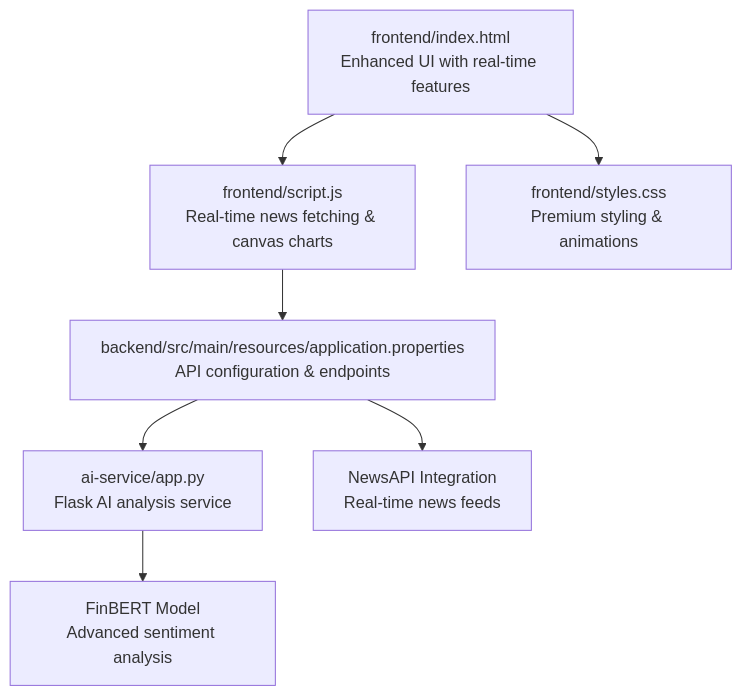
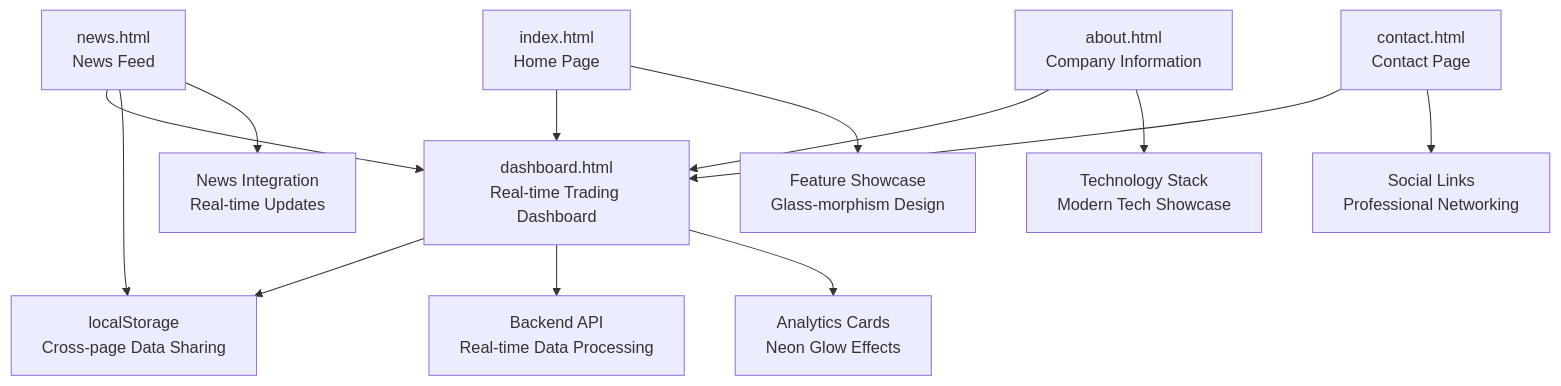
One commit to ayushtiwari1526/TheReinforcers_AyushTiwari changed the first of 2 diagrams in .qoder/repowiki/en/content/User Interface Components.md. Above: the diagram before and after it, drawn with Mermaid. The commit also changed other lines of this file and 16 other files, not shown here.

First line of the commit message:
feat: Premium UI upgrade with Grow My Trade branding and market page

````diff
--- a/.qoder/repowiki/en/content/User Interface Components.md
+++ b/.qoder/repowiki/en/content/User Interface Components.md
@@ -44,9 +48,15 @@
 ```mermaid
 graph TB
-Frontend["frontend/index.html<br/>Enhanced UI with real-time features"] --> JS["frontend/script.js<br/>Real-time news fetching & canvas charts"]
-Frontend --> CSS["frontend/styles.css<br/>Premium styling & animations"]
-JS --> Backend["backend/src/main/resources/application.properties<br/>API configuration & endpoints"]
-Backend --> AIService["ai-service/app.py<br/>Flask AI analysis service"]
-Backend --> NewsAPI["NewsAPI Integration<br/>Real-time news feeds"]
-AIService --> FinBERT["FinBERT Model<br/>Advanced sentiment analysis"]
+Index["index.html<br/>Home Page"] --> Dashboard["dashboard.html<br/>Real-time Trading Dashboard"]
+News["news.html<br/>News Feed"] --> Dashboard
+About["about.html<br/>Company Information"] --> Dashboard
+Contact["contact.html<br/>Contact Page"] --> Dashboard
+Dashboard --> LocalStorage["localStorage<br/>Cross-page Data Sharing"]
+News --> LocalStorage
+Dashboard --> API["Backend API<br/>Real-time Data Processing"]
+Index --> Features["Feature Showcase<br/>Glass-morphism Design"]
+Dashboard --> Analytics["Analytics Cards<br/>Neon Glow Effects"]
+News --> Integration["News Integration<br/>Real-time Updates"]
+About --> TechStack["Technology Stack<br/>Modern Tech Showcase"]
+Contact --> Social["Social Links<br/>Professional Networking"]
 ```
````
